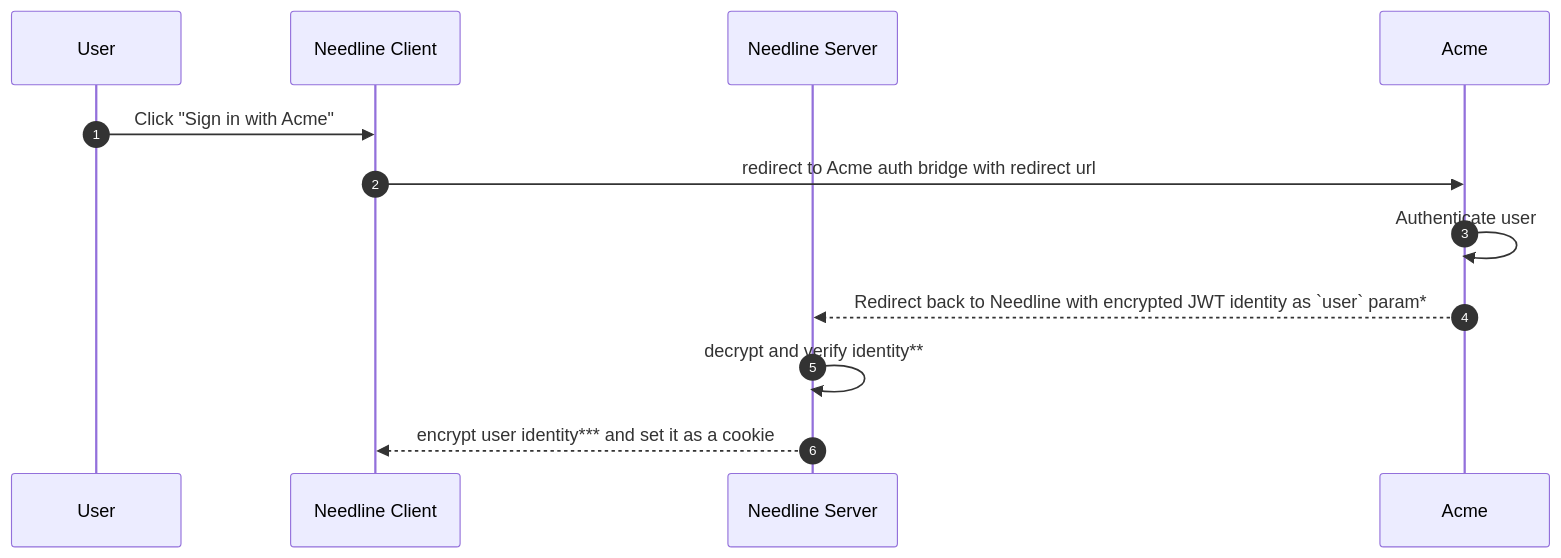
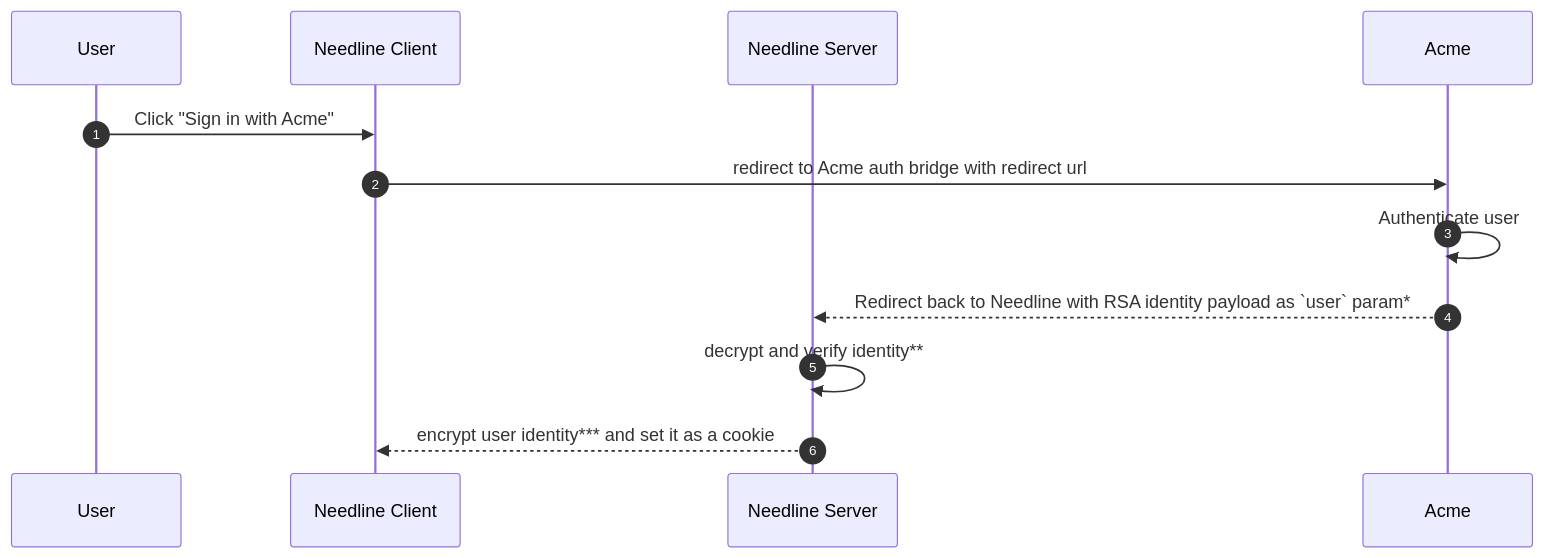
The diagram in docs/user-auth.md (princhman/needline), drawn with Mermaid before and after one commit. The commit also changed other lines of this file and 24 other files, not shown here.

````diff
--- a/docs/user-auth.md
+++ b/docs/user-auth.md
@@ -9,20 +9,20 @@
 ```mermaid
  sequenceDiagram
        autonumber
 
        participant U as User
        participant NC as Needline Client
        participant NS as Needline Server
        participant CB as Acme
 
        U->>NC: Click "Sign in with Acme"
        NC->>CB: redirect to Acme auth bridge with redirect url
 
 
       CB ->>CB: Authenticate user
-       CB-->>NS: Redirect back to Needline with encrypted JWT identity as `user` param*
+       CB-->>NS: Redirect back to Needline with RSA identity payload as `user` param*
 
       NS->>NS: decrypt and verify identity**
 
       NS-->>NC: encrypt user identity*** and set it as a cookie
 ```
````
